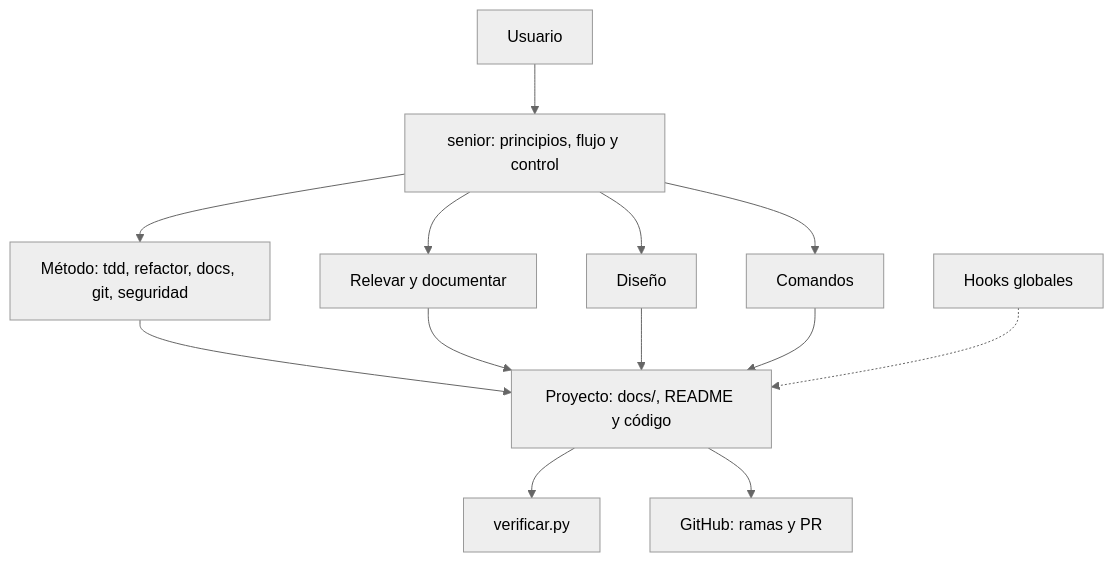
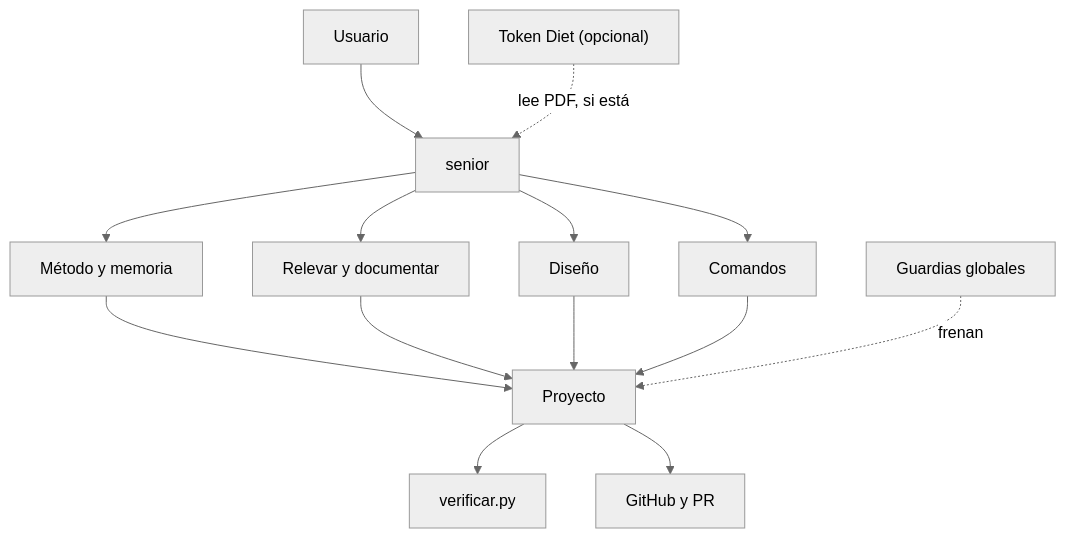
Before and after one commit to dante-sinesi/senior-developer-skill: the diagram in docs/diagramas/paquete.md, drawn with Mermaid (neutral theme). The commit also changed 29 other files, not shown here.

First line of the commit message:
feat(readme): portada, cifras medidas y diagramas como tarjetas SVG (#68)

````diff
--- a/docs/diagramas/paquete.md
+++ b/docs/diagramas/paquete.md
@@ -14,15 +14,16 @@
 ```mermaid
 flowchart TB
-    U["Usuario"] --> S["senior: principios, flujo y control"]
-    S --> M["Método: tdd, refactor, docs, git, seguridad"]
+    U["Usuario"] --> S["senior"]
+    S --> M["Método y memoria"]
     S --> R["Relevar y documentar"]
     S --> D["Diseño"]
     S --> C["Comandos"]
-    M --> P["Proyecto: docs/, README y código"]
+    M --> P["Proyecto"]
     R --> P
     D --> P
     C --> P
     P --> V["verificar.py"]
-    P --> G["GitHub: ramas y PR"]
-    H["Hooks globales"] -.-> P
+    P --> G["GitHub y PR"]
+    H["Guardias globales"] -.->|frenan| P
+    T["Token Diet (opcional)"] -.->|lee PDF, si está| S
 ```
````
